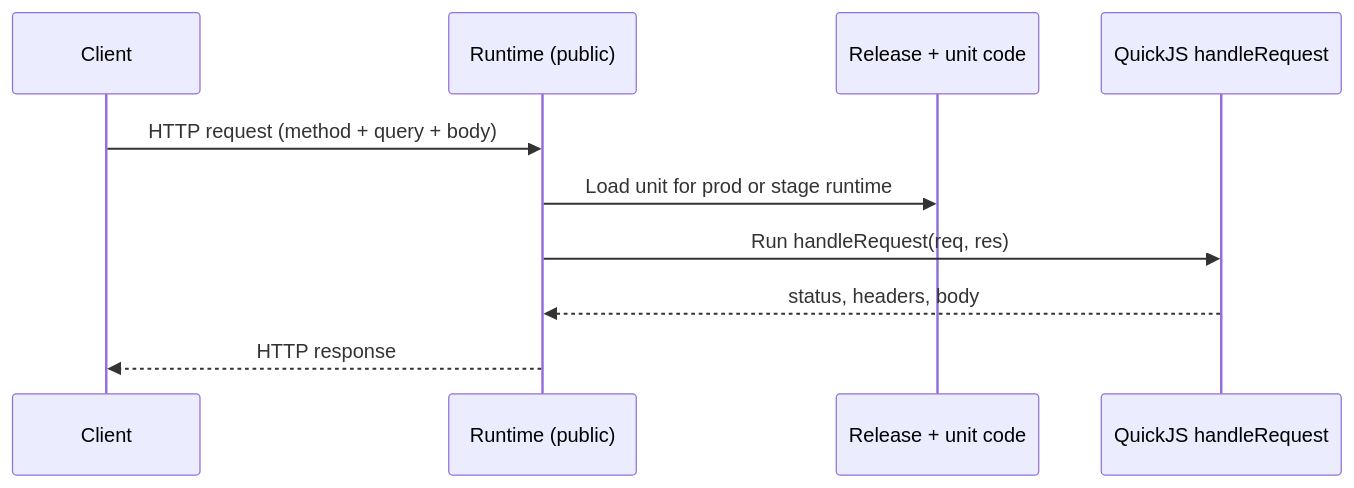
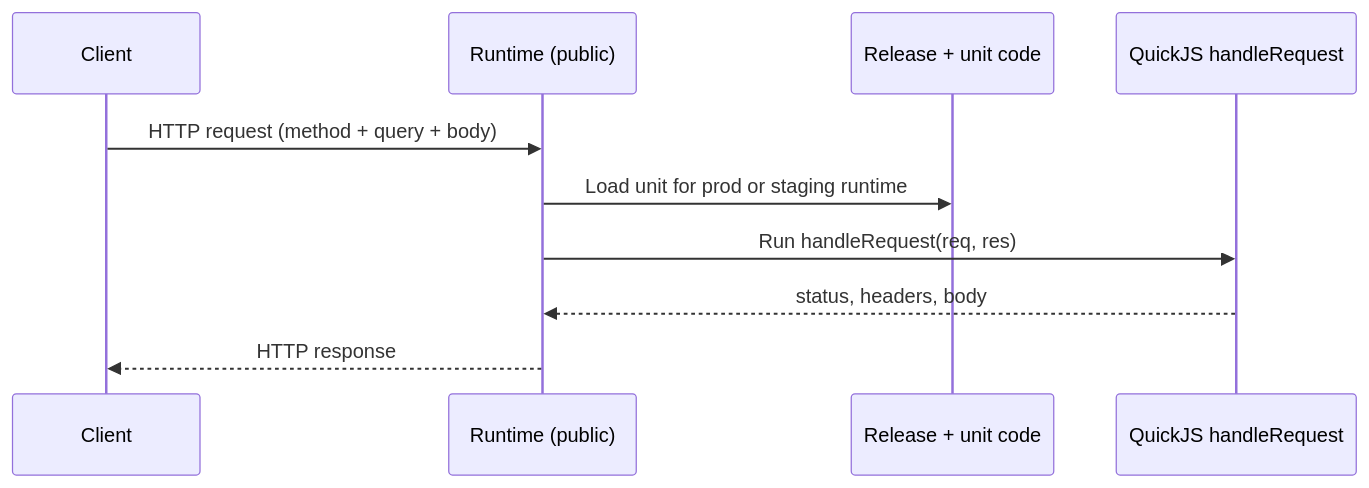
The diagram in docs-site/app/platform/units/api-unit/page.mdx (BaaSForge/baasforge-frontend-vite), drawn with Mermaid before and after one commit. The commit also changed other lines of this file and 17 other files, not shown here.

````diff
--- a/docs-site/app/platform/units/api-unit/page.mdx
+++ b/docs-site/app/platform/units/api-unit/page.mdx
@@ -595,13 +595,13 @@
 ```mermaid
 sequenceDiagram
   participant Client
   participant Runtime as Runtime (public)
   participant Store as Release + unit code
   participant QJS as QuickJS handleRequest
 
   Client->>Runtime: HTTP request (method + query + body)
-  Runtime->>Store: Load unit for prod or stage runtime
+  Runtime->>Store: Load unit for prod or staging runtime
   Runtime->>QJS: Run handleRequest(req, res)
   QJS-->>Runtime: status, headers, body
   Runtime-->>Client: HTTP response
 ```
````
